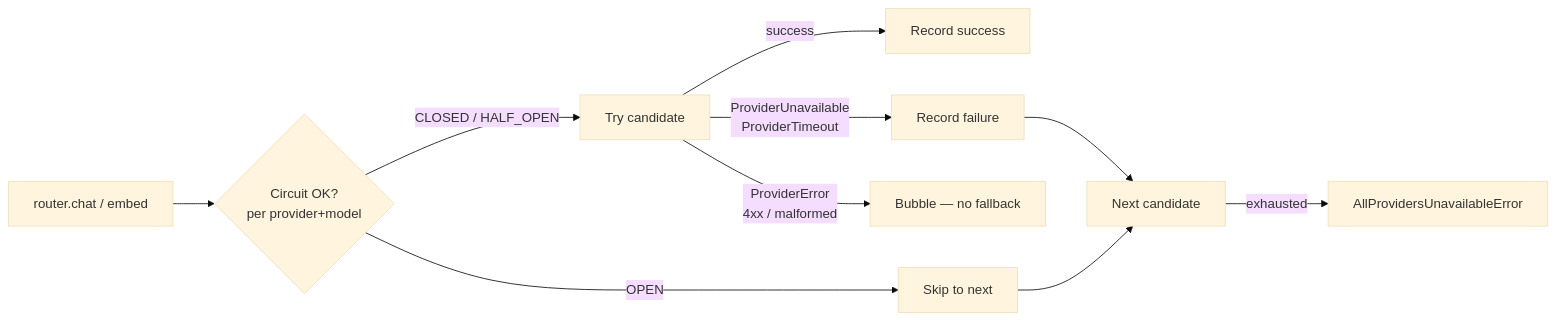
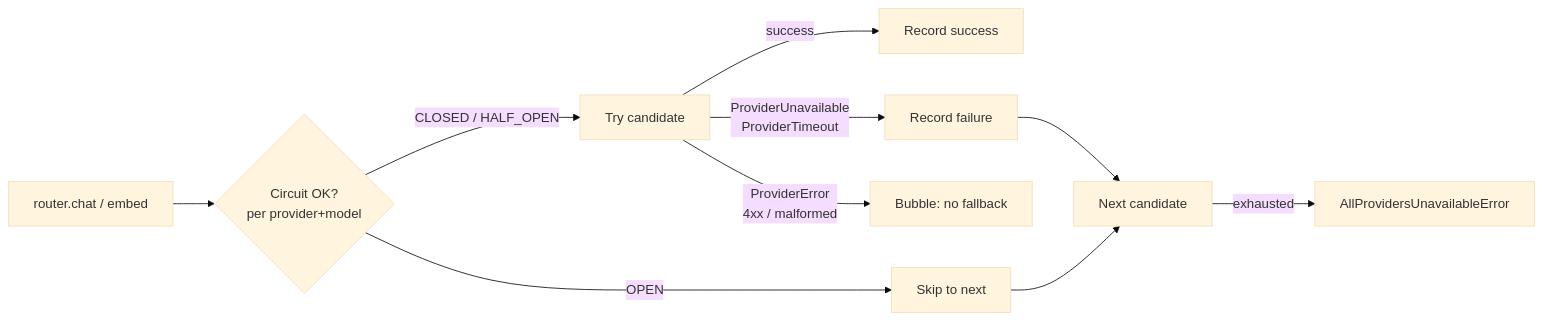
Before and after one commit to adel-saoud/llm-gateway: the fifth of 7 diagrams in docs/architecture.md, drawn with Mermaid (base theme). The commit also changed other lines of this file and 42 other files, not shown here.

````diff
--- a/docs/architecture.md
+++ b/docs/architecture.md
@@ -35,12 +97,12 @@
 ```mermaid
 flowchart LR
     Call[router.chat / embed] --> CB{Circuit OK?<br/>per provider+model}
     CB -->|CLOSED / HALF_OPEN| Try[Try candidate]
     CB -->|OPEN| Skip[Skip to next]
     Try -->|success| OK[Record success]
     Try -->|ProviderUnavailable<br/>ProviderTimeout| Fail[Record failure]
-    Try -->|ProviderError<br/>4xx / malformed| Raise[Bubble — no fallback]
+    Try -->|ProviderError<br/>4xx / malformed| Raise[Bubble: no fallback]
     Fail --> Next[Next candidate]
     Skip --> Next
     Next -->|exhausted| Bail[AllProvidersUnavailableError]
 ```
````
